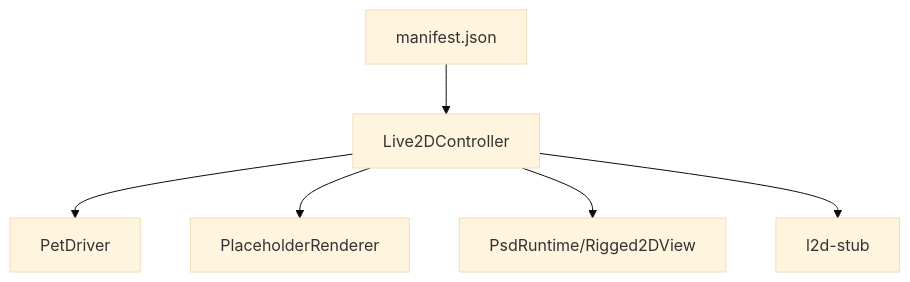
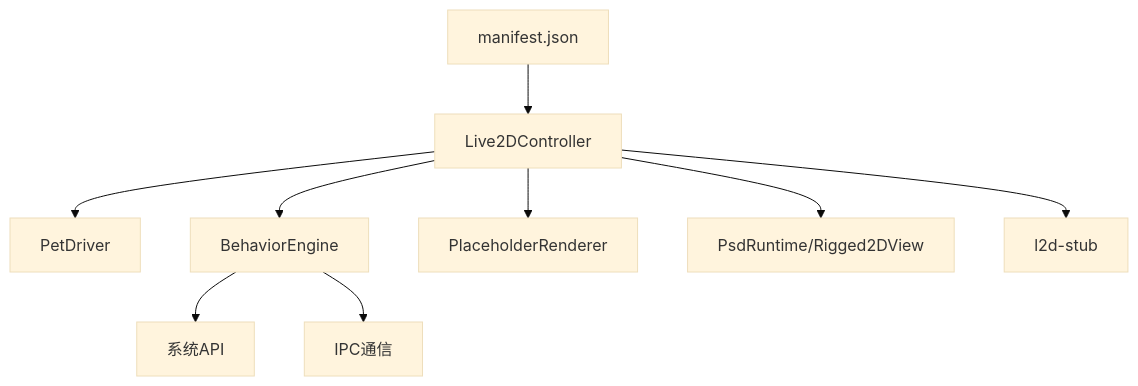
One commit to Wumiu/Petra changed the eighth of 8 diagrams in .qoder/repowiki/zh/content/Live2D渲染系统/Live2D控制器.md. Above: the diagram before and after it, drawn with Mermaid (base theme). The commit also changed other lines of this file and 45 other files, not shown here.

````diff
--- a/.qoder/repowiki/zh/content/Live2D渲染系统/Live2D控制器.md
+++ b/.qoder/repowiki/zh/content/Live2D渲染系统/Live2D控制器.md
@@ -270,8 +330,11 @@
 ```mermaid
 graph TB
 Manifest["manifest.json"] --> Controller["Live2DController"]
 Controller --> Driver["PetDriver"]
+Controller --> Behavior["BehaviorEngine"]
 Controller --> Place["PlaceholderRenderer"]
 Controller --> PSD["PsdRuntime/Rigged2DView"]
 Controller --> Stub["l2d-stub"]
+Behavior --> SystemAPI["系统API"]
+Behavior --> IPC["IPC通信"]
 ```
````
